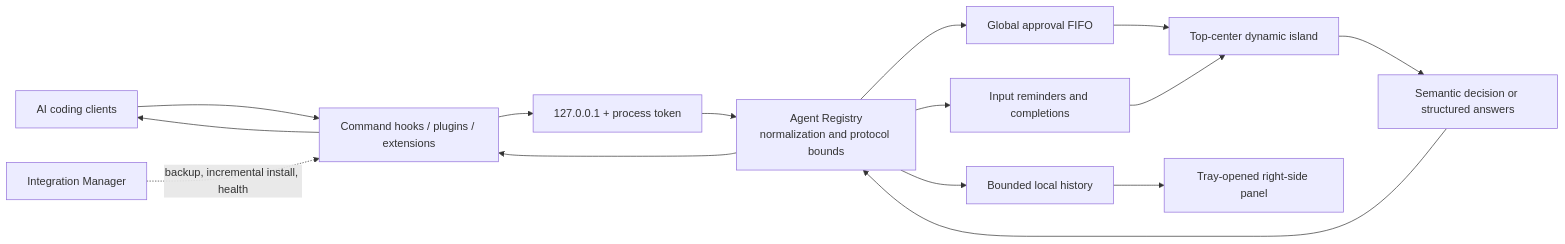
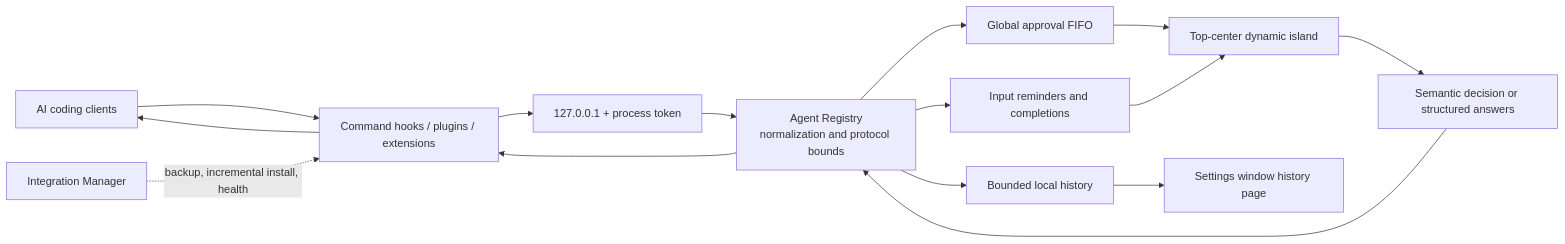
One commit to DaliBerr/Vibe-Halo changed the diagram in docs/GUIDE.md. Above: the diagram before and after it, drawn with Mermaid. The commit also changed other lines of this file and 49 other files, not shown here.

First line of the commit message:
Unify history and phone companion into the settings window

````diff
--- a/docs/GUIDE.md
+++ b/docs/GUIDE.md
@@ -83,17 +83,17 @@
 ```mermaid
 flowchart LR
     A["AI coding clients"] --> B["Command hooks / plugins / extensions"]
     B --> C["127.0.0.1 + process token"]
     C --> D["Agent Registry<br/>normalization and protocol bounds"]
     D --> E["Global approval FIFO"]
     D --> F["Input reminders and completions"]
     E --> G["Top-center dynamic island"]
     F --> G
     G --> H["Semantic decision or structured answers"]
     H --> D
     D --> B
     B --> A
     D --> J["Bounded local history"]
-    J --> K["Tray-opened right-side panel"]
+    J --> K["Settings window history page"]
     I["Integration Manager"] -. "backup, incremental install, health" .-> B
 ```
````
